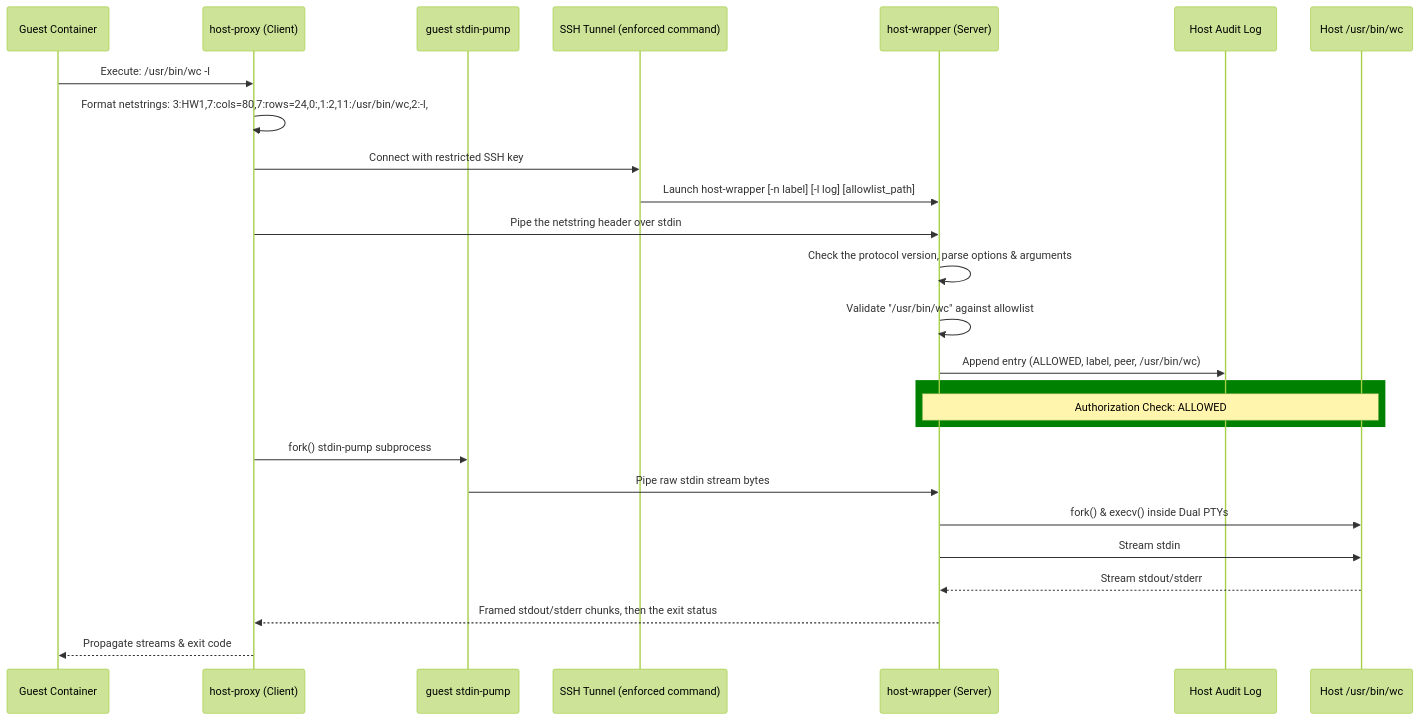
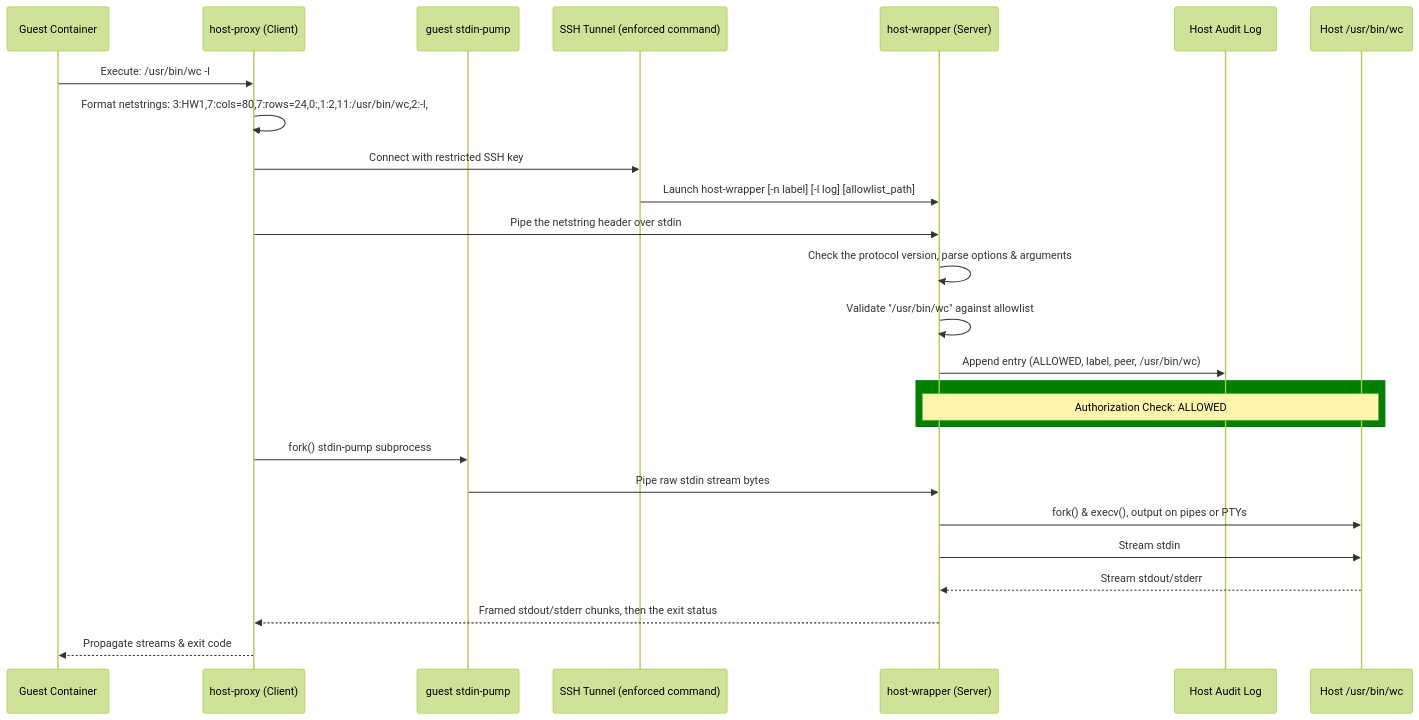
The diagram in README.md (samirose/host-wrapper), drawn with Mermaid (forest theme) before and after one commit. The commit also changed other lines of this file and 258 other files, not shown here.

````diff
--- a/README.md
+++ b/README.md
@@ -76,29 +76,29 @@
 ```mermaid
 sequenceDiagram
     participant Guest as Guest Container
     participant Proxy as host-proxy (Client)
     participant Pump as guest stdin-pump
     participant SSH as SSH Tunnel (enforced command)
     participant Wrapper as host-wrapper (Server)
     participant Log as Host Audit Log
     participant HostCmd as Host /usr/bin/wc
 
     Guest->>Proxy: Execute: /usr/bin/wc -l
     Proxy->>Proxy: Format netstrings: 3:HW1,7:cols=80,7:rows=24,0:,1:2,11:/usr/bin/wc,2:-l,
     Proxy->>SSH: Connect with restricted SSH key
     SSH->>Wrapper: Launch host-wrapper [-n label] [-l log] [allowlist_path]
     Proxy->>Wrapper: Pipe the netstring header over stdin
     Wrapper->>Wrapper: Check the protocol version, parse options & arguments
     Wrapper->>Wrapper: Validate "/usr/bin/wc" against allowlist
     Wrapper->>Log: Append entry (ALLOWED, label, peer, /usr/bin/wc)
     rect green
         Note over Wrapper,HostCmd: Authorization Check: ALLOWED
     end
     Proxy->>Pump: fork() stdin-pump subprocess
     Pump->>Wrapper: Pipe raw stdin stream bytes
-    Wrapper->>HostCmd: fork() & execv() inside Dual PTYs
+    Wrapper->>HostCmd: fork() & execv(), output on pipes or PTYs
     Wrapper->>HostCmd: Stream stdin
     HostCmd-->>Wrapper: Stream stdout/stderr
     Wrapper-->>Proxy: Framed stdout/stderr chunks, then the exit status
     Proxy-->>Guest: Propagate streams & exit code
 ```
````
